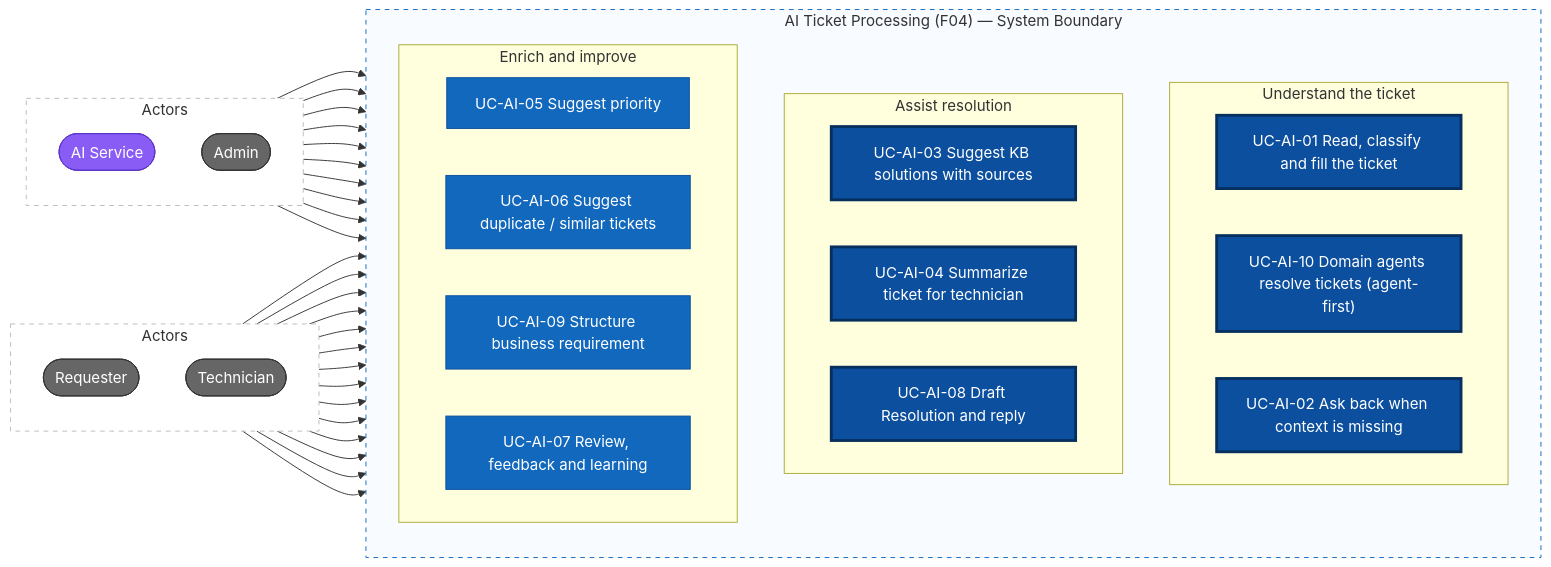
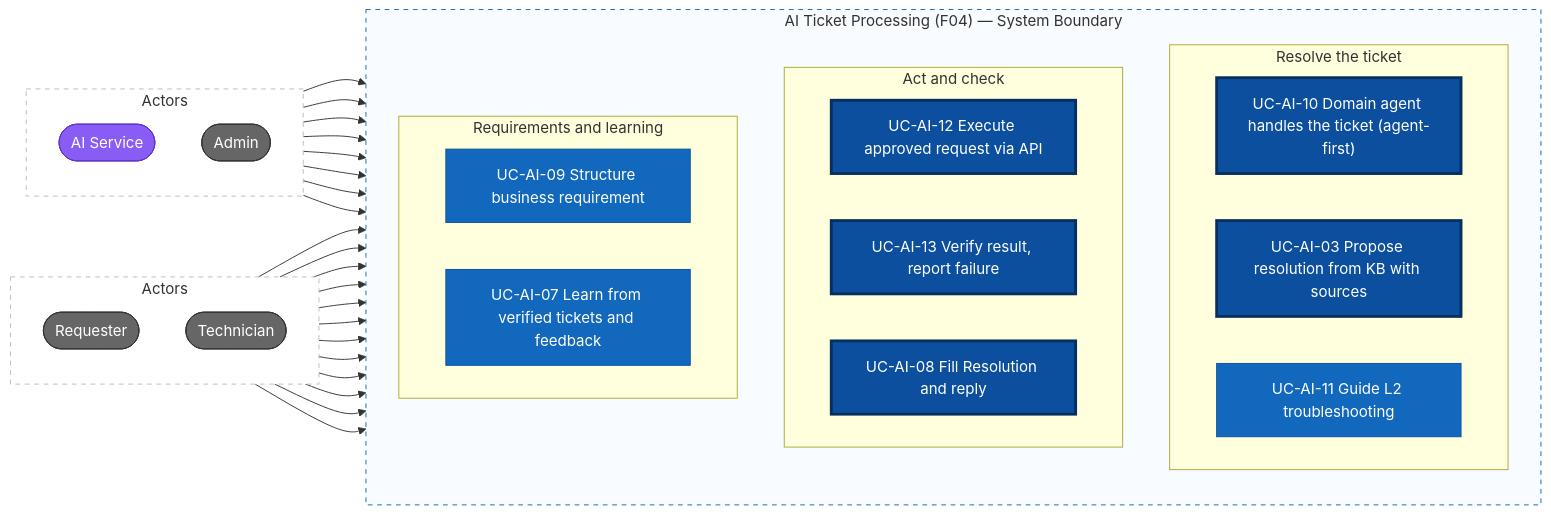
The first of 2 diagrams in docs/f04-ai-ticket-processing/02-use-cases.md (Akaza-ban/Fable), drawn with Mermaid before and after one commit. The commit also changed other lines of this file and 9 other files, not shown here.

First line of the commit message:
docs(F04): re-scope to processing after the new mind map (F05 routes, F04 processes)

````diff
--- a/docs/f04-ai-ticket-processing/02-use-cases.md
+++ b/docs/f04-ai-ticket-processing/02-use-cases.md
@@ -144,55 +107,52 @@
 ```mermaid
 flowchart LR
     subgraph left["Actors"]
         direction TB
         requester(["Requester"])
         tech(["Technician"])
     end
 
     subgraph system["AI Ticket Processing (F04) — System Boundary"]
         direction TB
-        subgraph understand["Understand the ticket"]
+        subgraph resolve["Resolve the ticket"]
             direction LR
-            uc01["UC-AI-01 Read, classify and fill the ticket"]
-            uc10["UC-AI-10 Domain agents resolve tickets (agent-first)"]
-            uc02["UC-AI-02 Ask back when context is missing"]
+            uc10["UC-AI-10 Domain agent handles the ticket (agent-first)"]
+            uc03["UC-AI-03 Propose resolution from KB with sources"]
+            uc11["UC-AI-11 Guide L2 troubleshooting"]
         end
-        subgraph assist["Assist resolution"]
+        subgraph act["Act and check"]
             direction LR
-            uc03["UC-AI-03 Suggest KB solutions with sources"]
-            uc04["UC-AI-04 Summarize ticket for technician"]
-            uc08["UC-AI-08 Draft Resolution and reply"]
+            uc12["UC-AI-12 Execute approved request via API"]
+            uc13["UC-AI-13 Verify result, report failure"]
+            uc08["UC-AI-08 Fill Resolution and reply"]
         end
-        subgraph enrich["Enrich and improve"]
+        subgraph more["Requirements and learning"]
             direction LR
-            uc05["UC-AI-05 Suggest priority"]
-            uc06["UC-AI-06 Suggest duplicate / similar tickets"]
             uc09["UC-AI-09 Structure business requirement"]
-            uc07["UC-AI-07 Review, feedback and learning"]
+            uc07["UC-AI-07 Learn from verified tickets and feedback"]
         end
     end
 
     subgraph right["Actors"]
         direction TB
         ai(["AI Service"])
         admin(["Admin"])
     end
 
-    requester --> uc01 & uc02 & uc03 & uc06 & uc08 & uc09
-    tech --> uc03 & uc04 & uc05 & uc06 & uc07 & uc08 & uc09
-    ai --> uc01 & uc02 & uc03 & uc04 & uc05 & uc06 & uc08 & uc09 & uc10
-    tech --> uc10
+    requester --> uc03 & uc11 & uc12 & uc13 & uc08 & uc09
+    tech --> uc03 & uc10 & uc13 & uc08 & uc09 & uc07
+    ai --> uc10 & uc03 & uc11 & uc12 & uc13 & uc08 & uc09
     admin --> uc07
 
     classDef actor fill:#666,color:#fff,stroke:#333
     classDef sysactor fill:#8a5cf6,color:#fff,stroke:#5b34c9
     classDef usecase fill:#1168bd,color:#fff,stroke:#0b4f9e
     classDef core fill:#0b4f9e,color:#fff,stroke:#062f5e,stroke-width:3px
     class requester,tech,admin actor
     class ai sysactor
-    class uc05,uc06,uc07,uc09 usecase
-    class uc01,uc02,uc03,uc04,uc08,uc10 core
+    class uc11,uc09,uc07 usecase
+    class uc10,uc03,uc12,uc13,uc08 core
     style left fill:#fff,stroke:#bbb,stroke-dasharray:5 5
     style right fill:#fff,stroke:#bbb,stroke-dasharray:5 5
     style system fill:#f8fbff,stroke:#1168bd,stroke-dasharray:5 5
 ```
````
